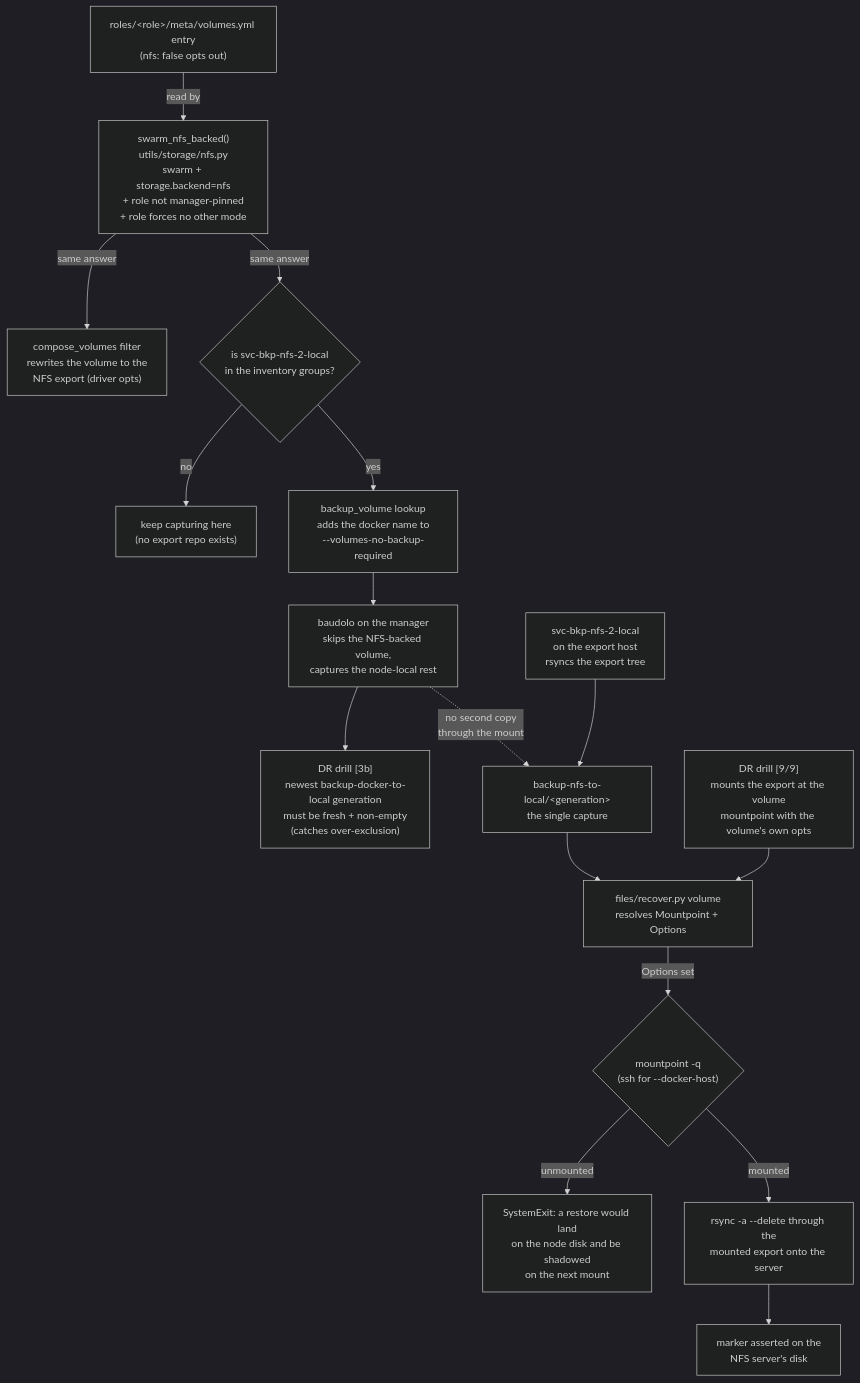
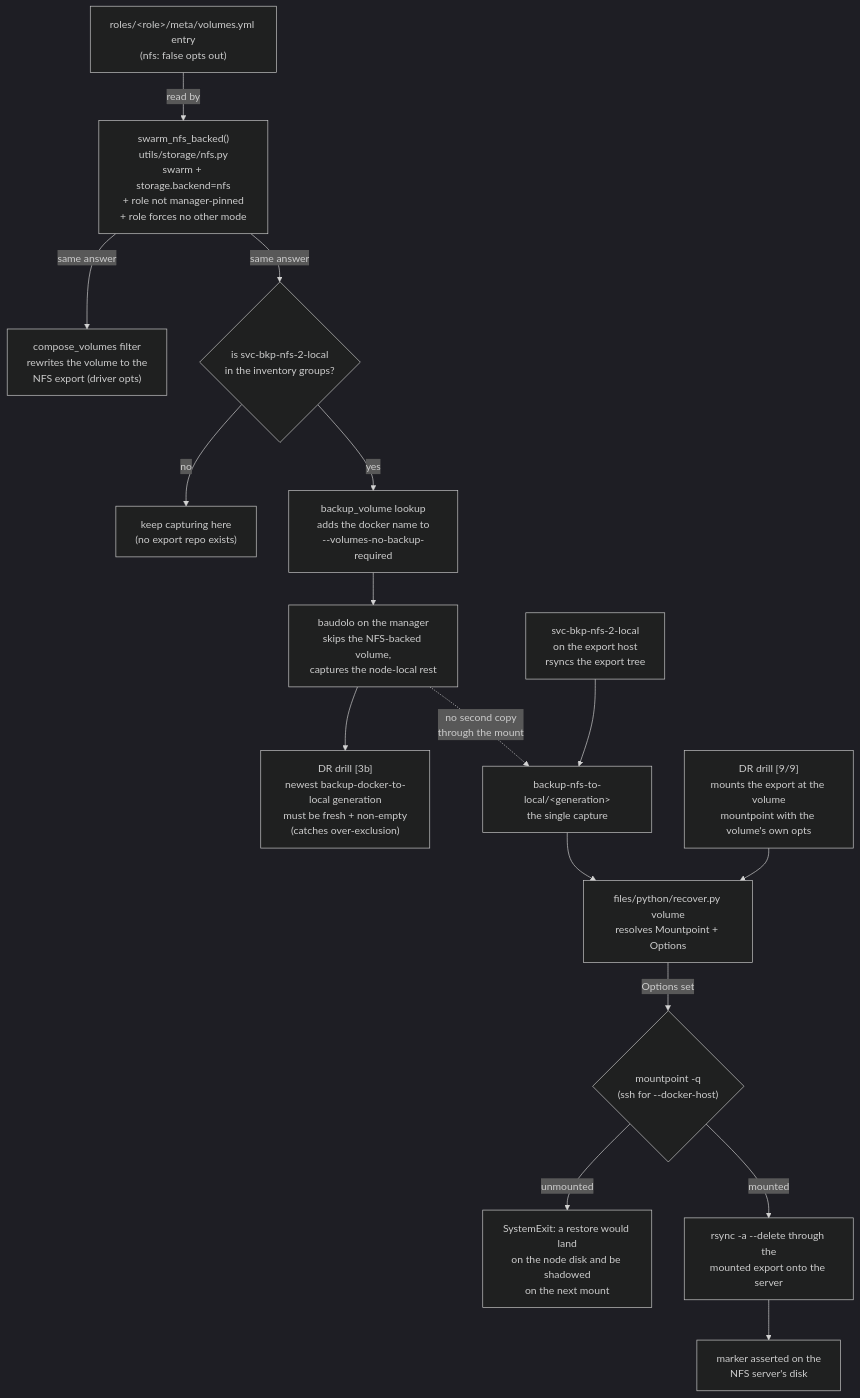
One commit to AlejandroRomanIbanez/infinito-nexus changed the second of 4 diagrams in roles/svc-bkp-volume-2-local/README.md. Above: the diagram before and after it, drawn with Mermaid (dark theme). The commit also changed other lines of this file and 1154 other files, not shown here.

````diff
--- a/roles/svc-bkp-volume-2-local/README.md
+++ b/roles/svc-bkp-volume-2-local/README.md
@@ -67,18 +67,18 @@
 ```mermaid
 flowchart TD
     META["roles/&lt;role&gt;/meta/volumes.yml entry<br>(nfs: false opts out)"] -->|read by| SPOT["swarm_nfs_backed()<br>utils/storage/nfs.py<br>swarm + storage.backend=nfs<br>+ role not manager-pinned<br>+ role forces no other mode"]
     SPOT -->|same answer| COMPOSE["compose_volumes filter<br>rewrites the volume to the<br>NFS export (driver opts)"]
     SPOT -->|same answer| GATE{"is svc-bkp-nfs-2-local<br>in the inventory groups?"}
     GATE -->|no| KEEP["keep capturing here<br>(no export repo exists)"]
     GATE -->|yes| LOOKUP["backup_volume lookup<br>adds the docker name to<br>--volumes-no-backup-required"]
     LOOKUP --> BAUDOLO["baudolo on the manager<br>skips the NFS-backed volume,<br>captures the node-local rest"]
     BAUDOLO --> CHECK3B["DR drill [3b]<br>newest backup-docker-to-local generation<br>must be fresh + non-empty<br>(catches over-exclusion)"]
     EXPORT["svc-bkp-nfs-2-local<br>on the export host<br>rsyncs the export tree"] --> TREE["backup-nfs-to-local/&lt;generation&gt;<br>the single capture"]
     BAUDOLO -.->|"no second copy<br>through the mount"| TREE
-    TREE --> RECOVER["files/recover.py volume<br>resolves Mountpoint + Options"]
+    TREE --> RECOVER["files/python/recover.py volume<br>resolves Mountpoint + Options"]
     RECOVER -->|"Options set"| PROBE{"mountpoint -q<br>(ssh for --docker-host)"}
     PROBE -->|unmounted| REFUSE["SystemExit: a restore would land<br>on the node disk and be shadowed<br>on the next mount"]
     PROBE -->|mounted| RSYNC["rsync -a --delete through the<br>mounted export onto the server"]
     DRILL["DR drill [9/9]<br>mounts the export at the volume<br>mountpoint with the volume's own opts"] --> RECOVER
     RSYNC --> VERIFY["marker asserted on the<br>NFS server's disk"]
 ```
````
